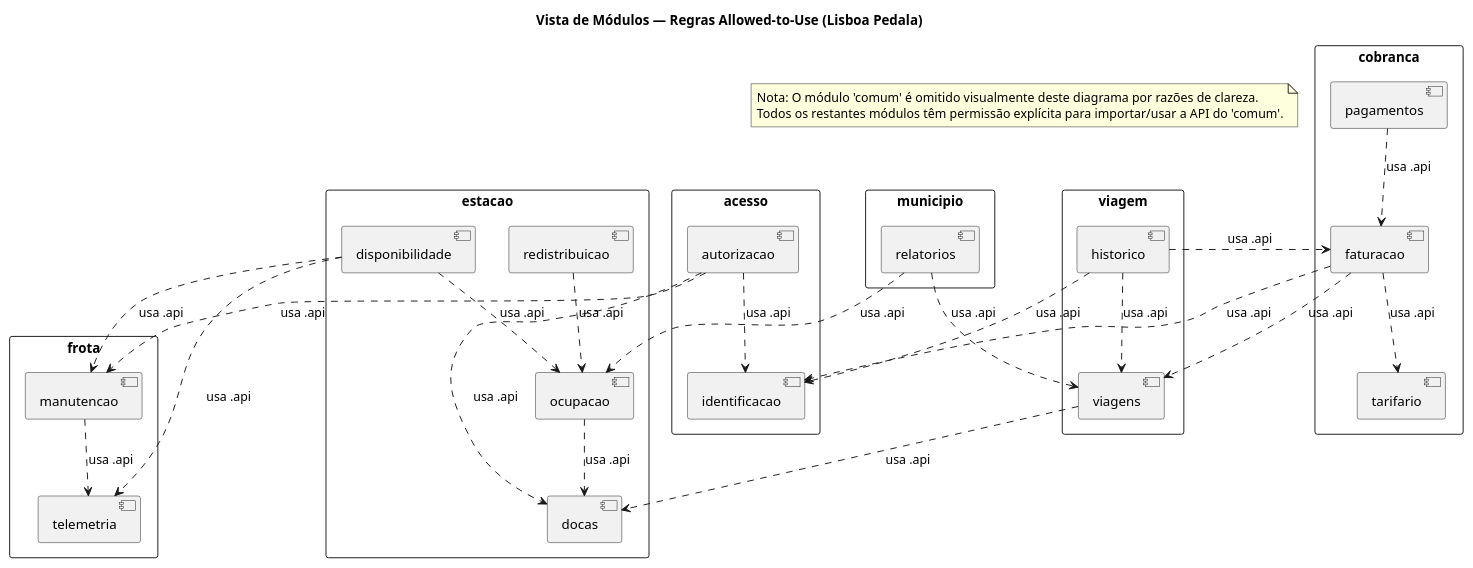
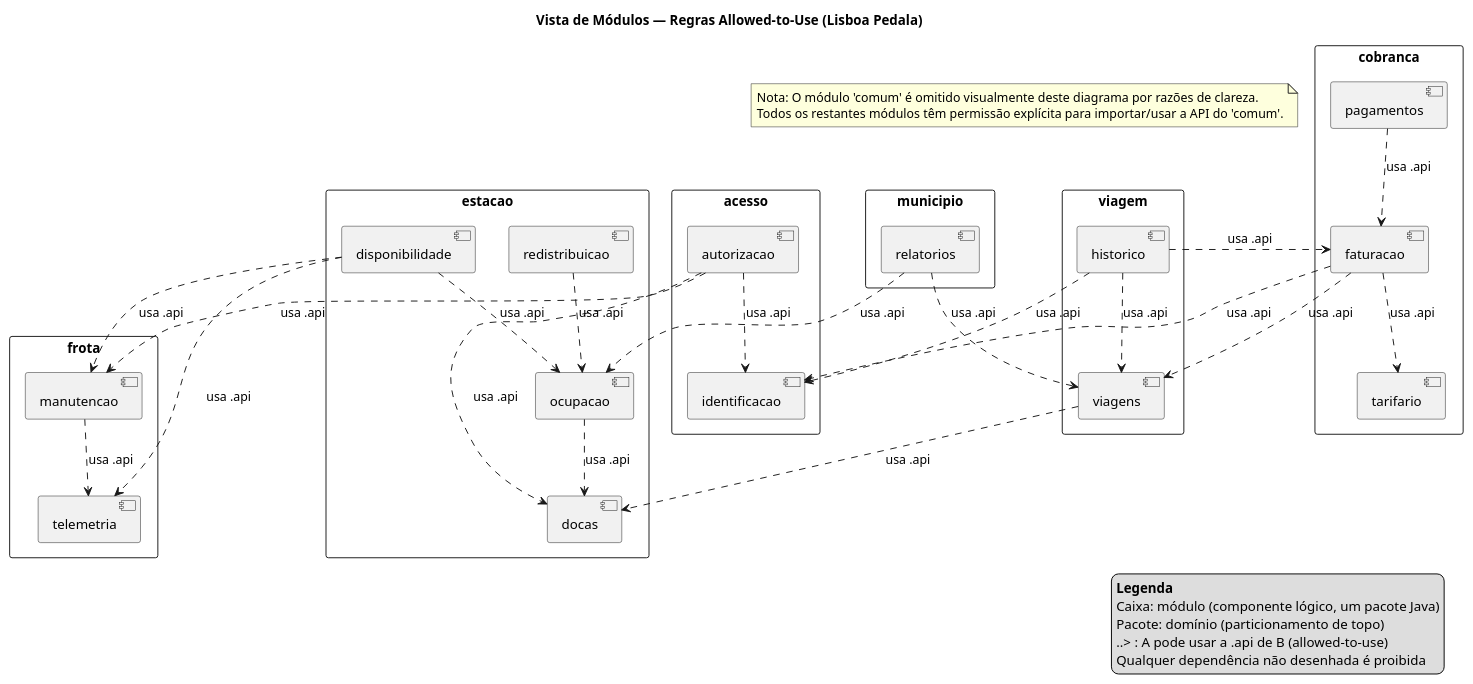
Before and after one commit to Monster147/trabalho-pratico-1-DS: the diagram in docs/diagramas/vista-modulos.puml, drawn with PlantUML. The commit also changed 61 other files, not shown here.

```diff
--- a/docs/diagramas/vista-modulos.puml
+++ b/docs/diagramas/vista-modulos.puml
@@ -1,70 +1,78 @@
 @startuml vista-modulos
 skinparam componentStyle uml2
 skinparam packageStyle rect
 
 title Vista de Módulos — Regras Allowed-to-Use (Lisboa Pedala)
 
 note "Nota: O módulo 'comum' é omitido visualmente deste diagrama por razões de clareza.\nTodos os restantes módulos têm permissão explícita para importar/usar a API do 'comum'." as NoteComum
 
 package "acesso" {
   [identificacao]
   [autorizacao]
 }
 
 package "estacao" {
   [docas]
   [ocupacao]
   [disponibilidade]
   [redistribuicao]
 }
 
 package "viagem" {
   [viagens]
   [historico]
 }
 
 package "cobranca" {
   [tarifario]
   [faturacao]
   [pagamentos]
 }
 
 package "frota" {
   [telemetria]
   [manutencao]
 }
 
 package "municipio" {
   [relatorios]
 }
 
 ' Regras Allowed-to-Use (Dependências de Código)
 [autorizacao] ..> [identificacao] : usa .api
 [autorizacao] ..> [manutencao] : usa .api
 [autorizacao] ..> [docas] : usa .api
 
 [viagens] ..> [docas] : usa .api
 [ocupacao] ..> [docas] : usa .api
 
 [disponibilidade] ..> [ocupacao] : usa .api
 [disponibilidade] ..> [telemetria] : usa .api
 [disponibilidade] ..> [manutencao] : usa .api
 
 [manutencao] ..> [telemetria] : usa .api
 
 [faturacao] ..> [viagens] : usa .api
 [faturacao] ..> [tarifario] : usa .api
 [faturacao] ..> [identificacao] : usa .api
 
 [pagamentos] ..> [faturacao] : usa .api
 
 [historico] ..> [viagens] : usa .api
 [historico] ..> [faturacao] : usa .api
 [historico] ..> [identificacao] : usa .api
 
 [redistribuicao] ..> [ocupacao] : usa .api
 
 [relatorios] ..> [viagens] : usa .api
 [relatorios] ..> [ocupacao] : usa .api
 
+legend right
+  **Legenda**
+  Caixa: módulo (componente lógico, um pacote Java)
+  Pacote: domínio (particionamento de topo)
+  ..> : A pode usar a .api de B (allowed-to-use)
+  Qualquer dependência não desenhada é proibida
+endlegend
+
 @enduml
```
